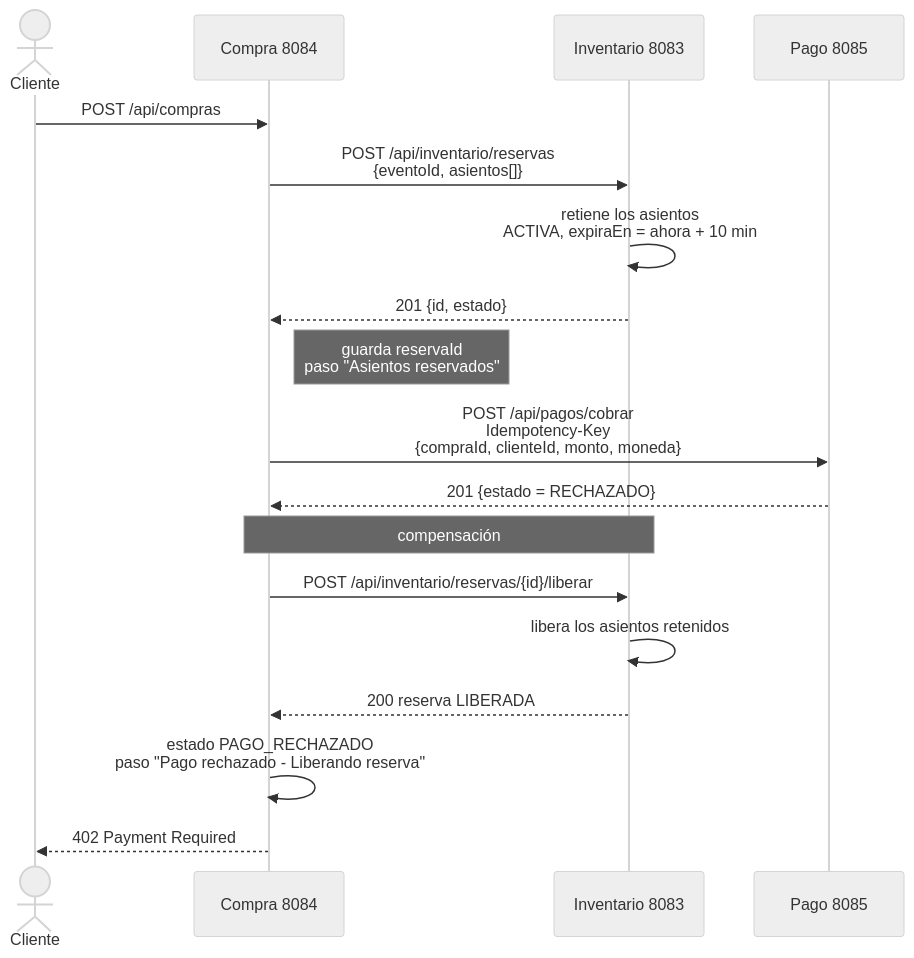
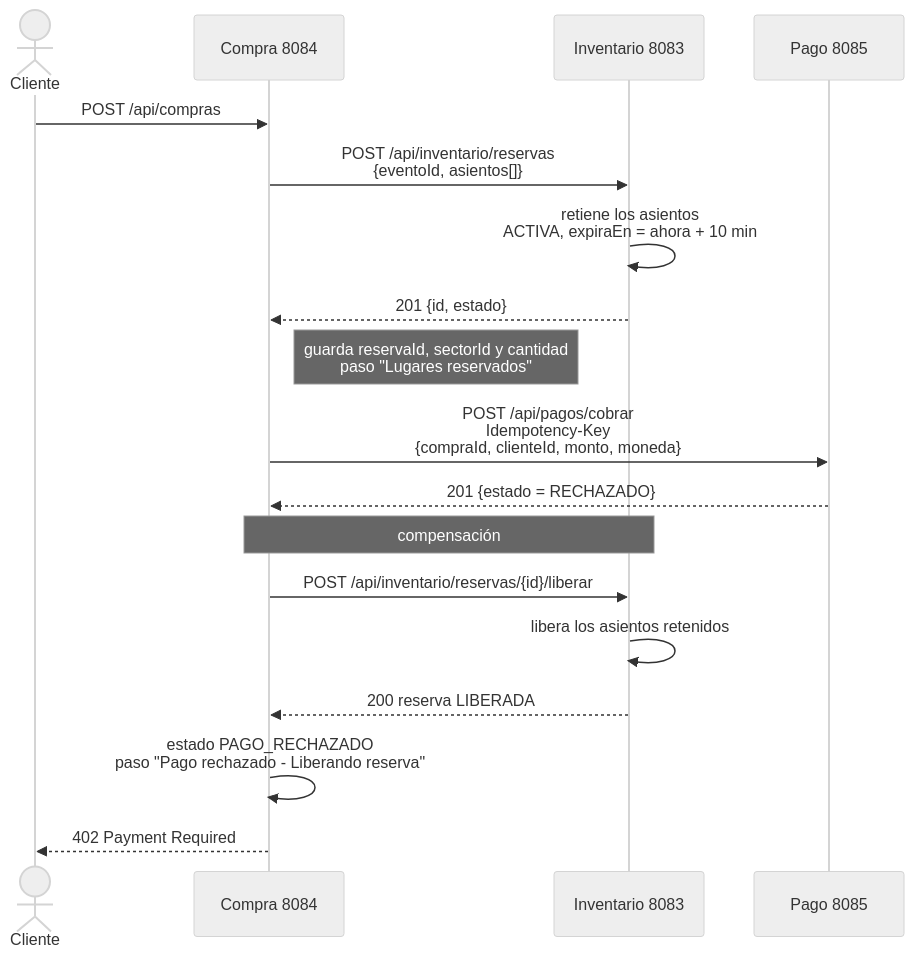
One commit to annaknell/TP4-arquitecturas-web-grupo1 changed the second of 3 diagrams in docs/diagramas/secuencia-compra/README.md. Above: the diagram before and after it, drawn with Mermaid (neutral theme). The commit also changed other lines of this file and 10 other files, not shown here.

````diff
--- a/docs/diagramas/secuencia-compra/README.md
+++ b/docs/diagramas/secuencia-compra/README.md
@@ -49,21 +51,21 @@
 ```mermaid
 sequenceDiagram
     actor C as Cliente
     participant CO as Compra 8084
     participant IN as Inventario 8083
     participant PA as Pago 8085
 
     C->>CO: POST /api/compras
     CO->>IN: POST /api/inventario/reservas<br/>{eventoId, asientos[]}
     IN->>IN: retiene los asientos<br/>ACTIVA, expiraEn = ahora + 10 min
     IN-->>CO: 201 {id, estado}
-    Note right of CO: guarda reservaId<br/>paso "Asientos reservados"
+    Note right of CO: guarda reservaId, sectorId y cantidad<br/>paso "Lugares reservados"
     CO->>PA: POST /api/pagos/cobrar<br/>Idempotency-Key<br/>{compraId, clienteId, monto, moneda}
     PA-->>CO: 201 {estado = RECHAZADO}
     Note over CO,IN: compensación
     CO->>IN: POST /api/inventario/reservas/{id}/liberar
     IN->>IN: libera los asientos retenidos
     IN-->>CO: 200 reserva LIBERADA
     CO->>CO: estado PAGO_RECHAZADO<br/>paso "Pago rechazado - Liberando reserva"
     CO-->>C: 402 Payment Required
 ```
````
